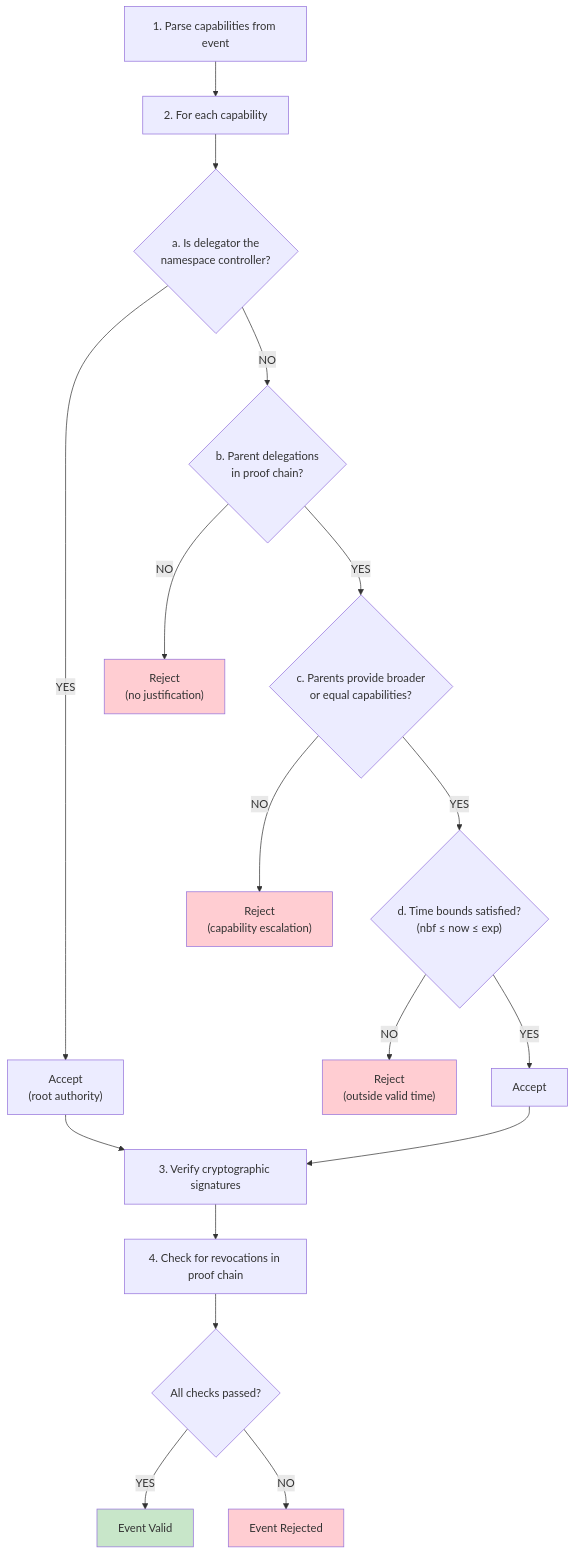
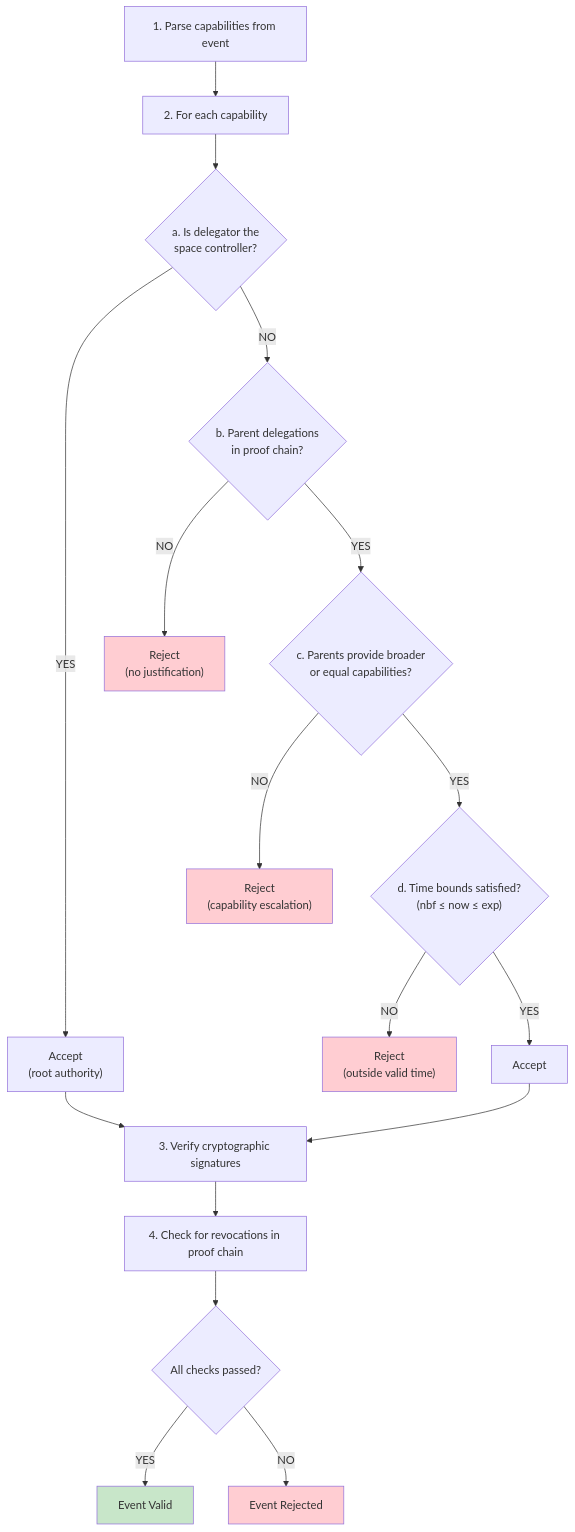
Before and after one commit to TinyCloudLabs/whitepaper: the diagram in diagrams/capability-validation.mermaid, drawn with Mermaid. The commit also changed 15 other files, not shown here.

```diff
--- a/diagrams/capability-validation.mermaid
+++ b/diagrams/capability-validation.mermaid
@@ -1,27 +1,27 @@
 %% Detailed Capability Validation Flowchart
 %% Use: Technical Appendix D
 
 flowchart TD
     Start["1. Parse capabilities from event"] --> ForEach["2. For each capability"]
-    ForEach --> A{"a. Is delegator the<br/>namespace controller?"}
+    ForEach --> A{"a. Is delegator the<br/>space controller?"}
     A -->|YES| Accept1["Accept<br/>(root authority)"]
     A -->|NO| B{"b. Parent delegations<br/>in proof chain?"}
     B -->|NO| Reject1["Reject<br/>(no justification)"]
     B -->|YES| C{"c. Parents provide broader<br/>or equal capabilities?"}
     C -->|NO| Reject2["Reject<br/>(capability escalation)"]
     C -->|YES| D{"d. Time bounds satisfied?<br/>(nbf ≤ now ≤ exp)"}
     D -->|NO| Reject3["Reject<br/>(outside valid time)"]
     D -->|YES| Accept2["Accept"]
 
     Accept1 --> Step3["3. Verify cryptographic signatures"]
     Accept2 --> Step3
     Step3 --> Step4["4. Check for revocations in proof chain"]
     Step4 --> Final{"All checks passed?"}
     Final -->|YES| Valid["Event Valid"]
     Final -->|NO| Invalid["Event Rejected"]
 
     style Valid fill:#c8e6c9
     style Invalid fill:#ffcdd2
     style Reject1 fill:#ffcdd2
     style Reject2 fill:#ffcdd2
     style Reject3 fill:#ffcdd2
```
